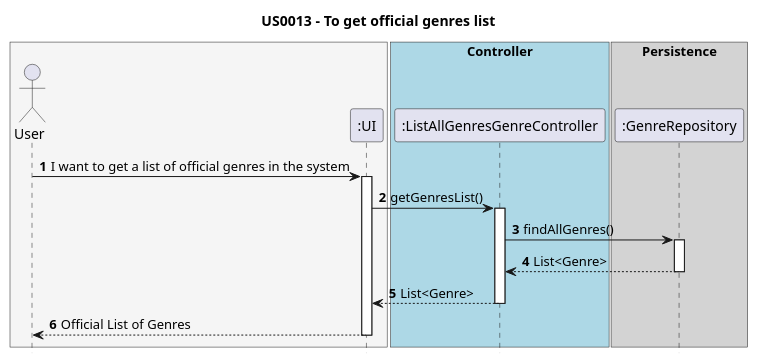
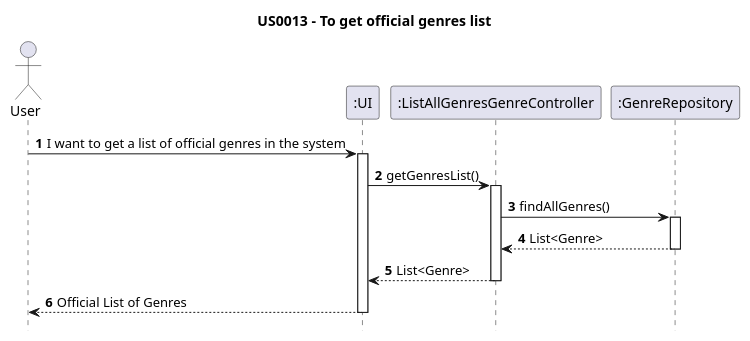
One commit to AndrePereiraGitH/SWitCH-Project-Team_A changed the diagram in Diagrams/SequenceDiagrams/N2/US013-To-get-official-genres-list.puml. Above: the diagram before and after it, drawn with PlantUML.

Commit message:
US013 - SD N2

```diff
--- a/Diagrams/SequenceDiagrams/N2/US013-To-get-official-genres-list.puml
+++ b/Diagrams/SequenceDiagrams/N2/US013-To-get-official-genres-list.puml
@@ -1,35 +1,30 @@
 @startuml
 autonumber
 
 hide footbox
 title US0013 - To get official genres list
 
-box  #WhiteSmoke
 actor User
 participant ":UI" as UI
-end box
 
-box "Controller" #LightBlue
 participant ":ListAllGenresGenreController" as AddGenreCtrl
-end box
 
-box "Persistence" #LightGrey
 participant ":GenreRepository" as GenreRepository
 
 User -> UI : I want to get a list of official genres in the system
 activate UI
 UI -> AddGenreCtrl : getGenresList()
 activate AddGenreCtrl
 
 AddGenreCtrl -> GenreRepository : findAllGenres()
 activate GenreRepository
 
 GenreRepository --> AddGenreCtrl : List<Genre>
 deactivate GenreRepository
 
 AddGenreCtrl --> UI : List<Genre>
 deactivate AddGenreCtrl
 
 UI --> User : Official List of Genres
 deactivate UI
 @enduml
```
